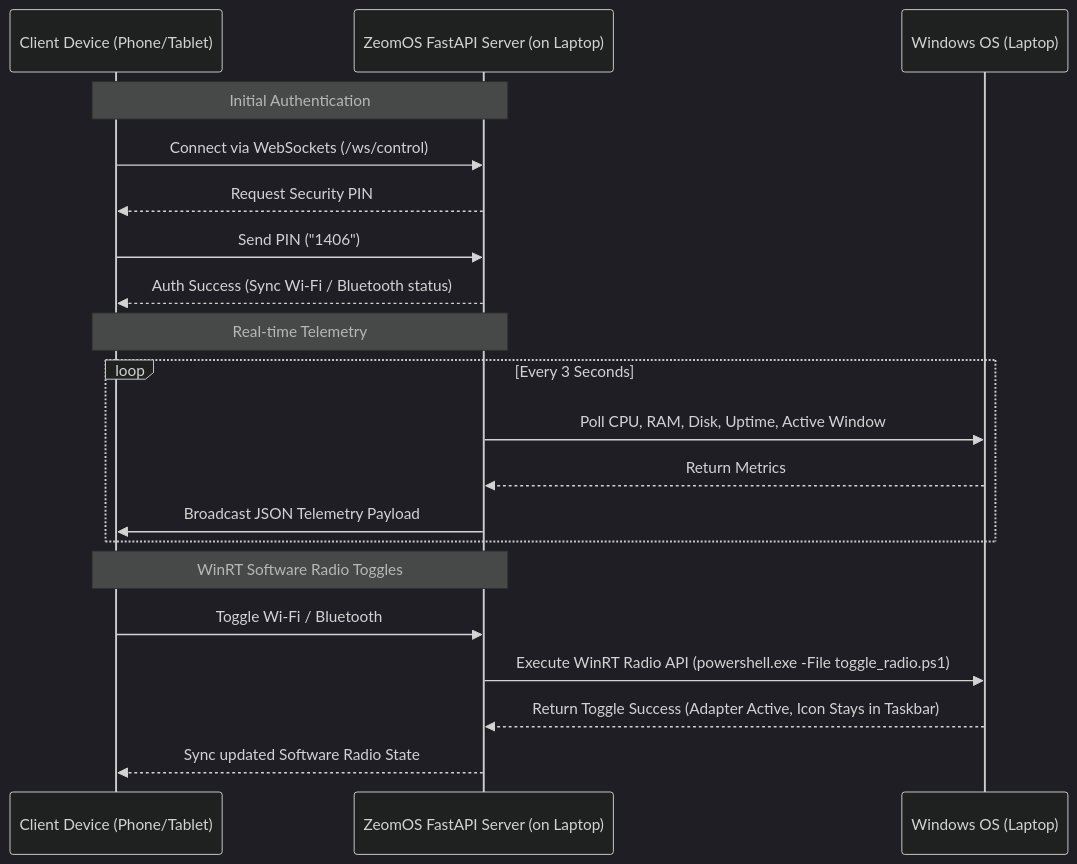
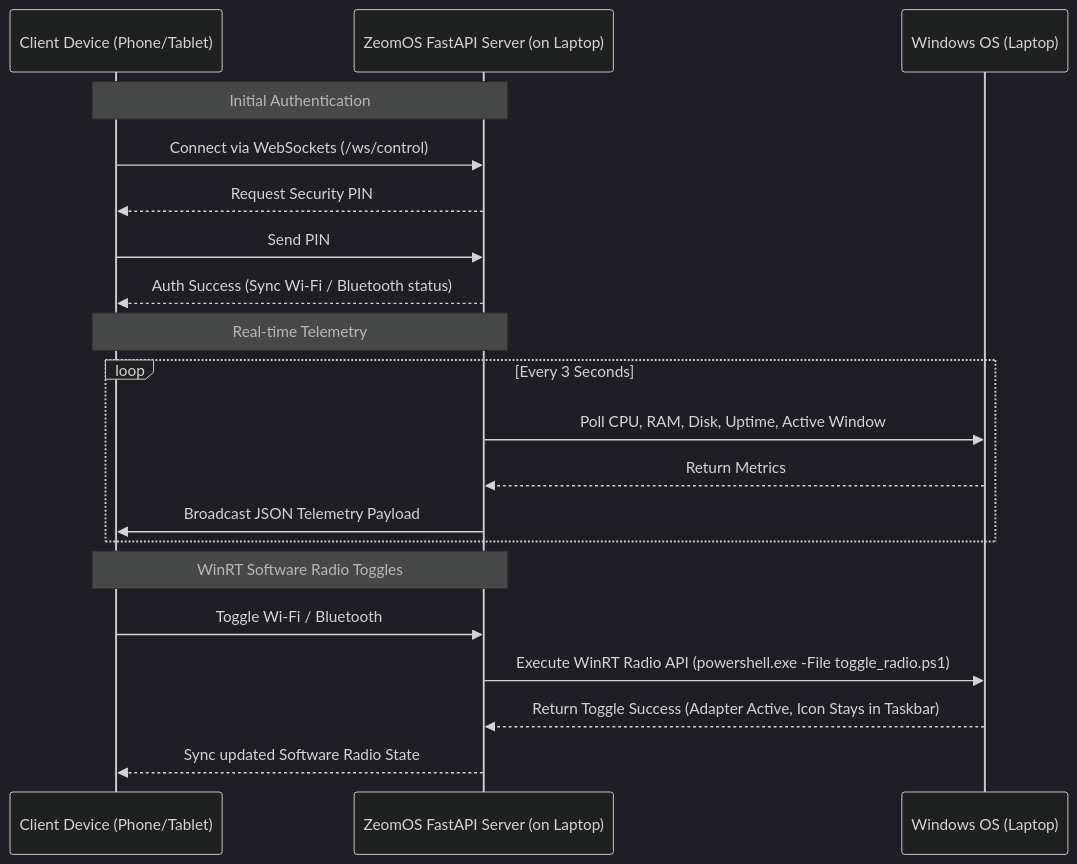
One commit to zeom1/zeomos-remote-control changed the diagram in README.md. Above: the diagram before and after it, drawn with Mermaid (dark theme). The commit also changed other lines of this file, not shown here.

````diff
--- a/README.md
+++ b/README.md
@@ -11,25 +11,25 @@
 ```mermaid
 sequenceDiagram
     participant Phone as Client Device (Phone/Tablet)
     participant Server as ZeomOS FastAPI Server (on Laptop)
     participant OS as Windows OS (Laptop)
 
     Note over Phone,Server: Initial Authentication
     Phone->>Server: Connect via WebSockets (/ws/control)
     Server-->>Phone: Request Security PIN
-    Phone->>Server: Send PIN ("1406")
+    Phone->>Server: Send PIN
     Server-->>Phone: Auth Success (Sync Wi-Fi / Bluetooth status)
 
     Note over Phone,Server: Real-time Telemetry
     loop Every 3 Seconds
         Server->>OS: Poll CPU, RAM, Disk, Uptime, Active Window
         OS-->>Server: Return Metrics
         Server->>Phone: Broadcast JSON Telemetry Payload
     end
 
     Note over Phone,Server: WinRT Software Radio Toggles
     Phone->>Server: Toggle Wi-Fi / Bluetooth
     Server->>OS: Execute WinRT Radio API (powershell.exe -File toggle_radio.ps1)
     OS-->>Server: Return Toggle Success (Adapter Active, Icon Stays in Taskbar)
     Server-->>Phone: Sync updated Software Radio State
 ```
````
